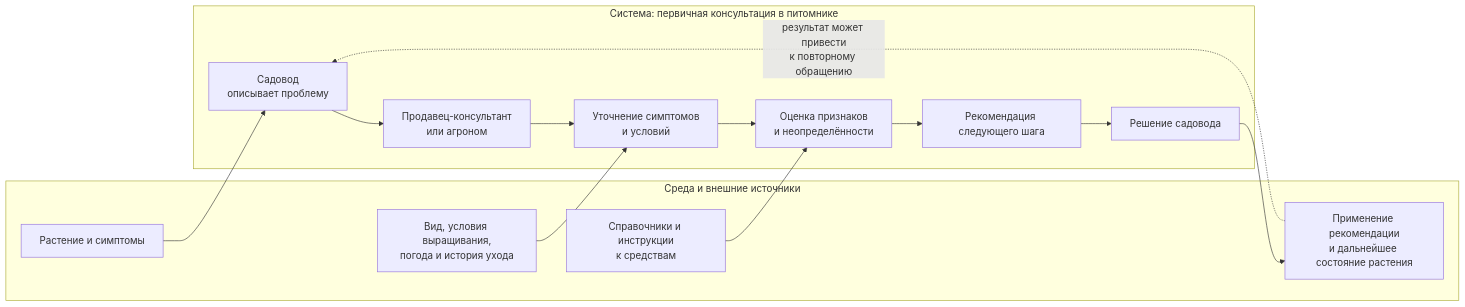
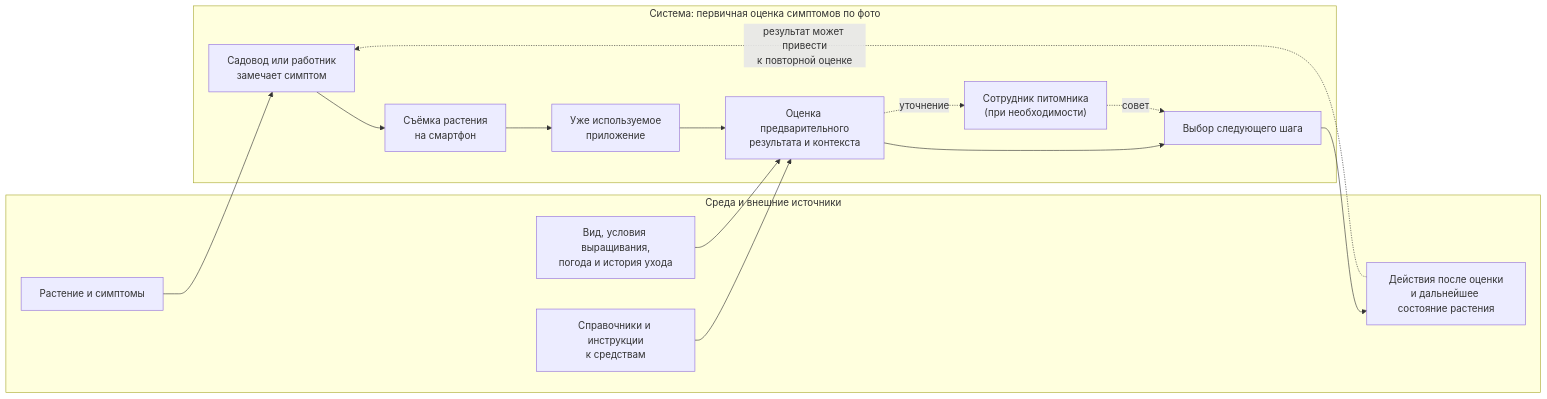
The diagram in lab1_boundaries/README.md (vib-system-analysis/sa-2026-pe1-egor-2026-20), drawn with Mermaid before and after one commit. The commit also changed other lines of this file, not shown here.

Commit message:
Specify the observed plant diagnosis system

````diff
--- a/lab1_boundaries/README.md
+++ b/lab1_boundaries/README.md
@@ -19,25 +17,27 @@
 ```mermaid
 flowchart LR
   subgraph ENV["Среда и внешние источники"]
     Plant["Растение и симптомы"]
     Conditions["Вид, условия выращивания,<br/>погода и история ухода"]
     Reference["Справочники и инструкции<br/>к средствам"]
-    After["Применение рекомендации<br/>и дальнейшее состояние растения"]
+    After["Действия после оценки<br/>и дальнейшее состояние растения"]
   end
 
-  subgraph SYS["Система: первичная консультация в питомнике"]
-    Gardener["Садовод<br/>описывает проблему"]
-    Consultant["Продавец-консультант<br/>или агроном"]
-    Clarify["Уточнение симптомов<br/>и условий"]
-    Assess["Оценка признаков<br/>и неопределённости"]
-    Advice["Рекомендация следующего шага"]
-    Choice["Решение садовода"]
-    Gardener --> Consultant --> Clarify --> Assess --> Advice --> Choice
+  subgraph SYS["Система: первичная оценка симптомов по фото"]
+    Observer["Садовод или работник<br/>замечает симптом"]
+    Photo["Съёмка растения<br/>на смартфон"]
+    App["Уже используемое<br/>приложение"]
+    Assess["Оценка предварительного<br/>результата и контекста"]
+    Staff["Сотрудник питомника<br/>(при необходимости)"]
+    Decision["Выбор следующего шага"]
+    Observer --> Photo --> App --> Assess --> Decision
+    Assess -. "уточнение" .-> Staff
+    Staff -. "совет" .-> Decision
   end
 
-  Plant --> Gardener
-  Conditions --> Clarify
+  Plant --> Observer
+  Conditions --> Assess
   Reference --> Assess
-  Choice --> After
-  After -. "результат может привести<br/>к повторному обращению" .-> Gardener
+  Decision --> After
+  After -. "результат может привести<br/>к повторной оценке" .-> Observer
 ```
````
